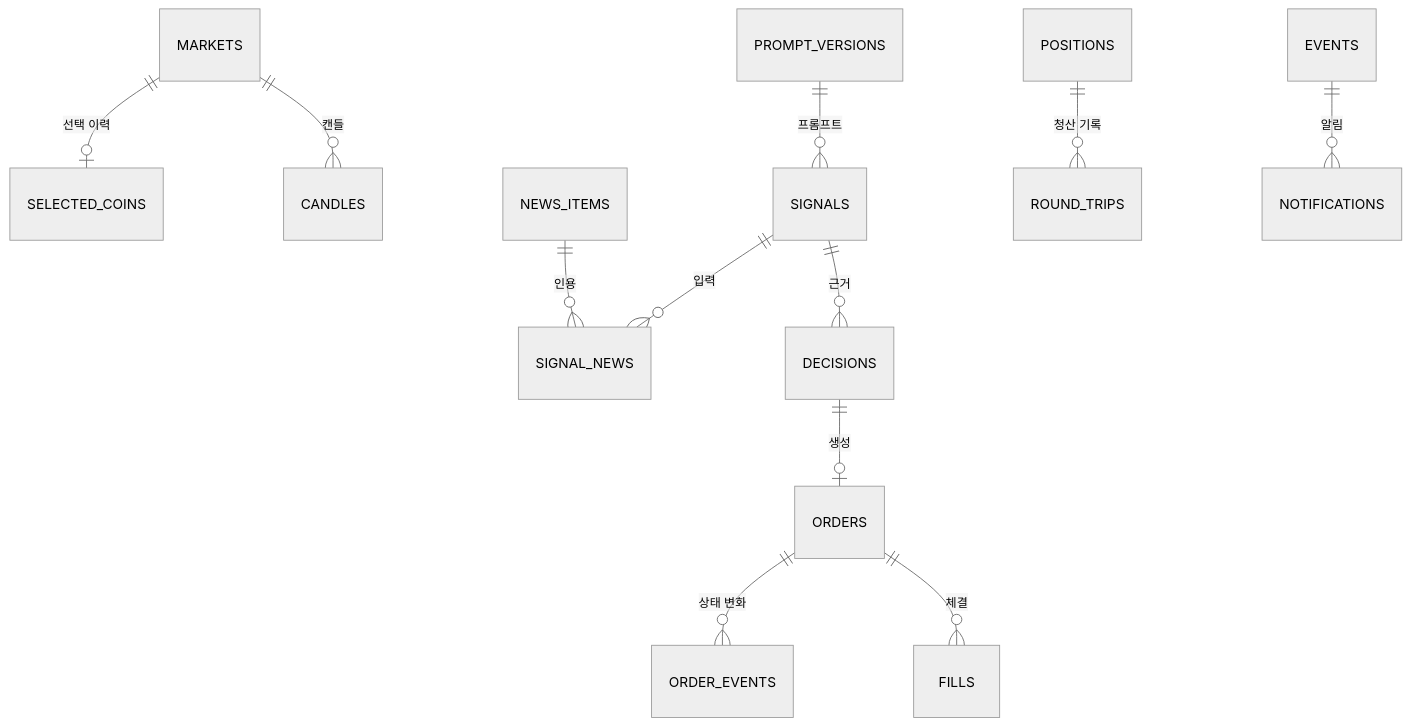
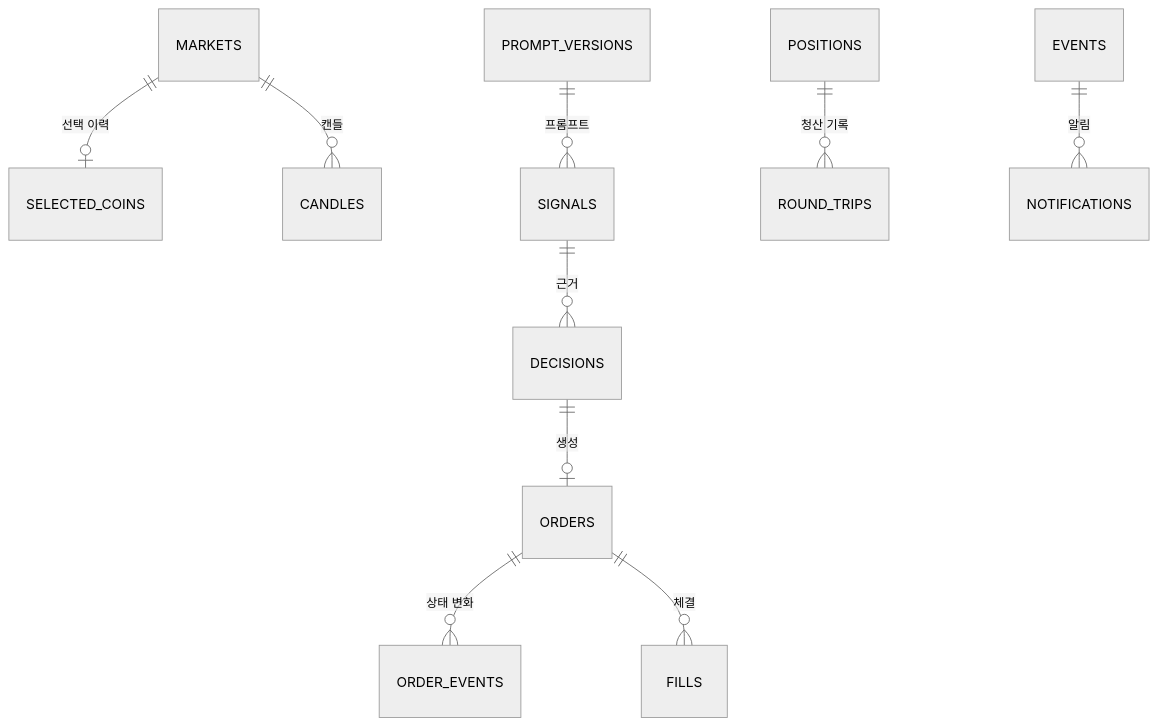
One commit to khy920723/upbit-autotrader changed the diagram in docs/04-data/data-model.md. Above: the diagram before and after it, drawn with Mermaid (neutral theme). The commit also changed other lines of this file and 33 other files, not shown here.

````diff
--- a/docs/04-data/data-model.md
+++ b/docs/04-data/data-model.md
@@ -52,14 +52,12 @@
 ```mermaid
 erDiagram
     MARKETS ||--o| SELECTED_COINS : "선택 이력"
     MARKETS ||--o{ CANDLES : "캔들"
     PROMPT_VERSIONS ||--o{ SIGNALS : "프롬프트"
-    SIGNALS ||--o{ SIGNAL_NEWS : "입력"
-    NEWS_ITEMS ||--o{ SIGNAL_NEWS : "인용"
     SIGNALS ||--o{ DECISIONS : "근거"
     DECISIONS ||--o| ORDERS : "생성"
     ORDERS ||--o{ ORDER_EVENTS : "상태 변화"
     ORDERS ||--o{ FILLS : "체결"
     POSITIONS ||--o{ ROUND_TRIPS : "청산 기록"
     EVENTS ||--o{ NOTIFICATIONS : "알림"
 ```
````
